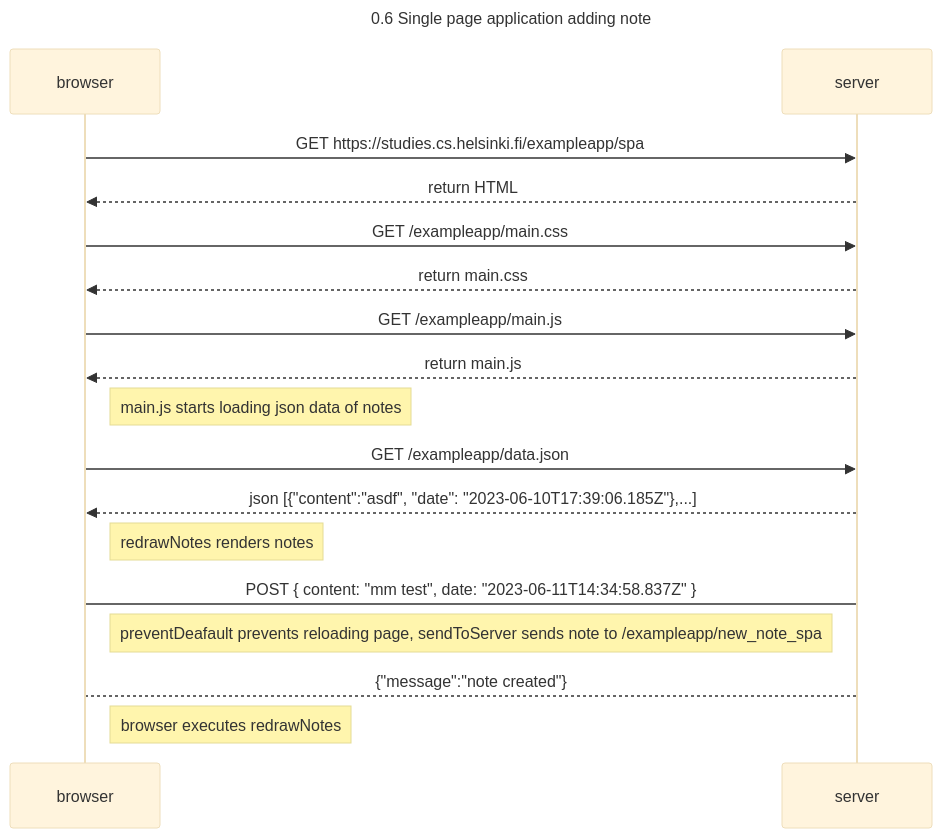
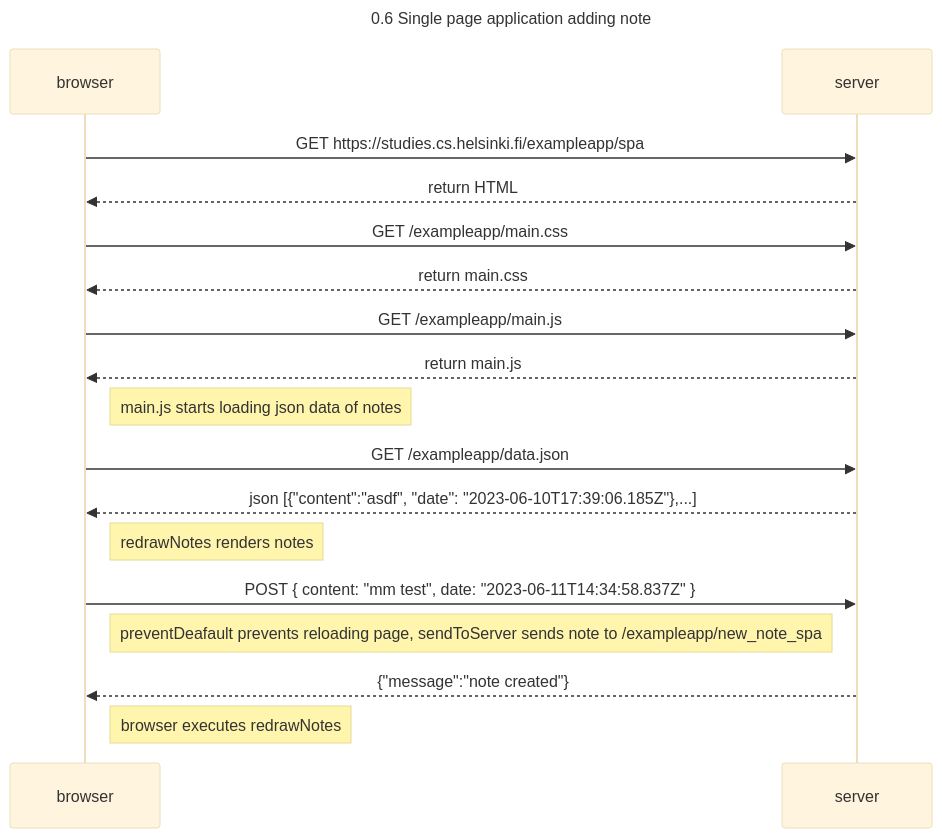
The diagram in part0/0.6.md (martinlubpl/full_stack_open_2023_exercises), drawn with Mermaid (base theme) before and after one commit.

Commit message:
0.6 arrows fix

````diff
--- a/part0/0.6.md
+++ b/part0/0.6.md
@@ -3,30 +3,30 @@
 ```mermaid
 sequenceDiagram
   Title: 0.6 Single page application adding note
 
     browser->>server: GET https://studies.cs.helsinki.fi/exampleapp/spa
     server-->>browser: return HTML
 
     browser->>server: GET /exampleapp/main.css
     server-->>browser: return main.css
 
     browser->>server: GET /exampleapp/main.js
     server-->>browser: return main.js
 
     Note right of browser: main.js starts loading json data of notes
 
     browser->>server: GET /exampleapp/data.json
     server-->>browser: json [{"content":"asdf", "date": "2023-06-10T17:39:06.185Z"},...]
 
     Note right of browser: redrawNotes renders notes
 
-    browser->server: POST { content: "mm test", date: "2023-06-11T14:34:58.837Z" }
+    browser->>server: POST { content: "mm test", date: "2023-06-11T14:34:58.837Z" }
 
     Note right of browser: preventDeafault prevents reloading page, sendToServer sends note to /exampleapp/new_note_spa
 
 
-    server-->browser: {"message":"note created"}
+    server-->>browser: {"message":"note created"}
 
     Note right of browser: browser executes redrawNotes
 
 ```
````
